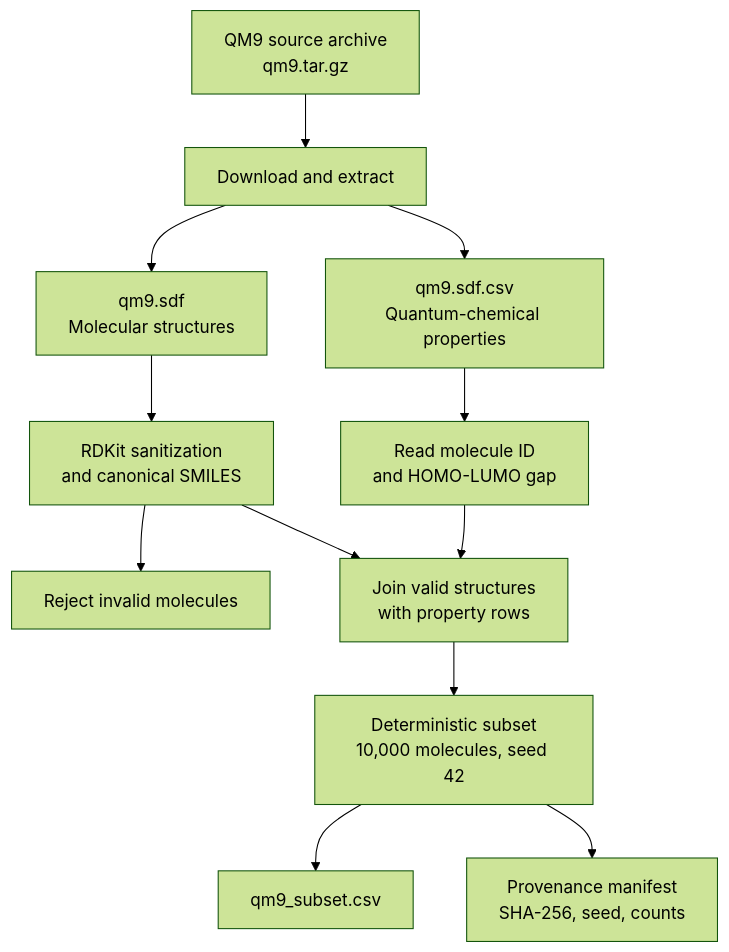
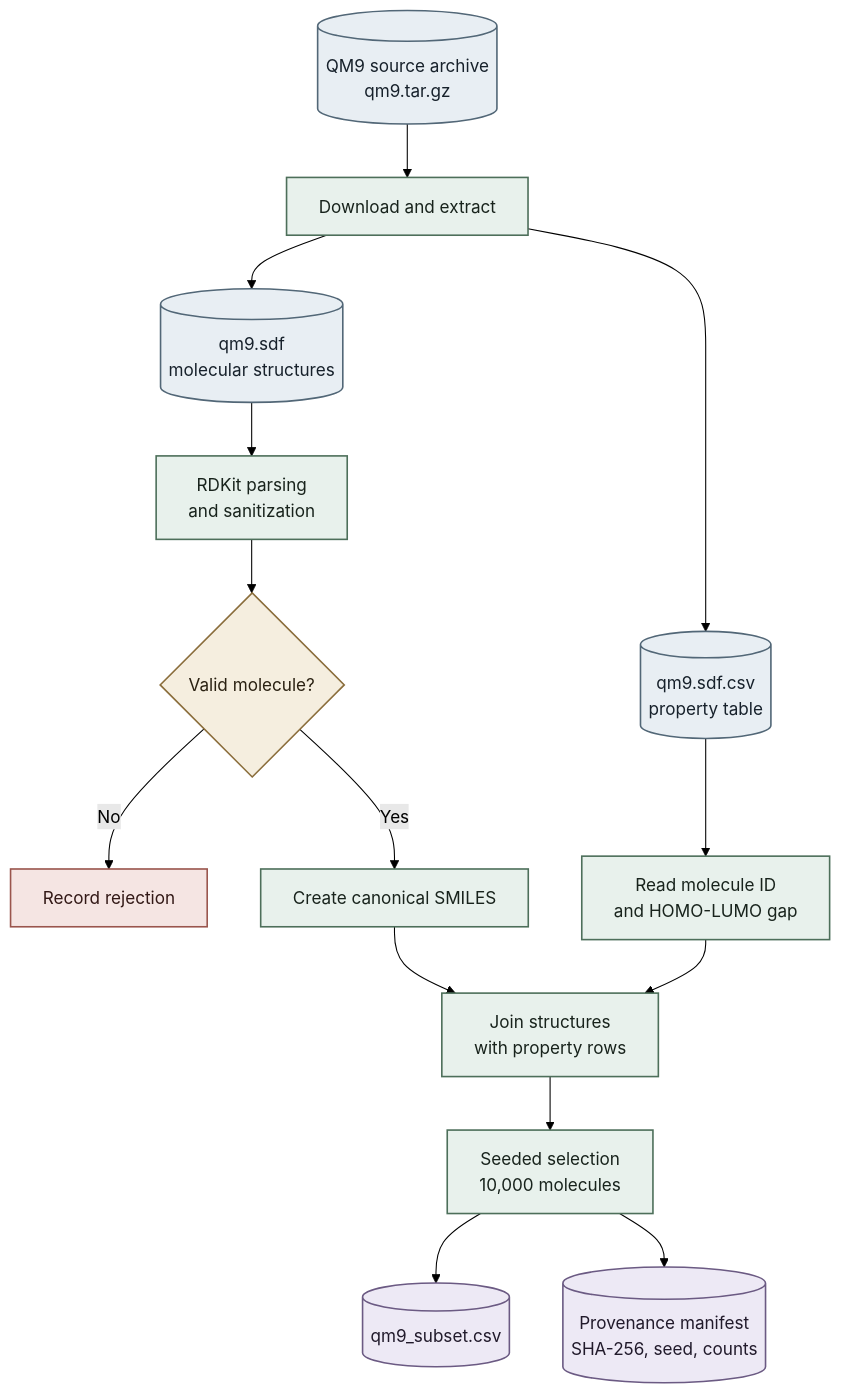
The diagram in docs/DATASET.md (rizonehyseni/Latent-Space-Explorer), drawn with Mermaid (forest theme) before and after one commit. The commit also changed 2 other files, not shown here.

Commit message:
standardized scientific diagrams and math rendering

````diff
--- a/docs/DATASET.md
+++ b/docs/DATASET.md
@@ -45,14 +45,30 @@
 ```mermaid
 flowchart TD
-    A["QM9 source archive<br/>qm9.tar.gz"] --> B["Download and extract"]
-    B --> C["qm9.sdf<br/>Molecular structures"]
-    B --> D["qm9.sdf.csv<br/>Quantum-chemical properties"]
-    C --> E["RDKit sanitization<br/>and canonical SMILES"]
-    D --> F["Read molecule ID<br/>and HOMO-LUMO gap"]
-    E --> G["Reject invalid molecules"]
-    E --> H["Join valid structures<br/>with property rows"]
-    F --> H
-    H --> I["Deterministic subset<br/>10,000 molecules, seed 42"]
-    I --> J["qm9_subset.csv"]
-    I --> K["Provenance manifest<br/>SHA-256, seed, counts"]
+    A[("QM9 source archive<br/>qm9.tar.gz")] --> B["Download and extract"]
+    B --> C[("qm9.sdf<br/>molecular structures")]
+    B --> D[("qm9.sdf.csv<br/>property table")]
+
+    C --> E["RDKit parsing<br/>and sanitization"]
+    E --> F{"Valid molecule?"}
+    F -->|No| G["Record rejection"]
+    F -->|Yes| H["Create canonical SMILES"]
+
+    D --> I["Read molecule ID<br/>and HOMO-LUMO gap"]
+    H --> J["Join structures<br/>with property rows"]
+    I --> J
+    J --> K["Seeded selection<br/>10,000 molecules"]
+    K --> L[("qm9_subset.csv")]
+    K --> M[("Provenance manifest<br/>SHA-256, seed, counts")]
+
+    classDef source fill:#e8eef3,stroke:#526777,color:#17212b,stroke-width:1.5px
+    classDef process fill:#e8f1ec,stroke:#4d6f5a,color:#18231c,stroke-width:1.5px
+    classDef decision fill:#f5eedf,stroke:#8a6d3b,color:#2a2112,stroke-width:1.5px
+    classDef rejected fill:#f5e5e3,stroke:#9a554d,color:#321816,stroke-width:1.5px
+    classDef artifact fill:#ede9f5,stroke:#6b5a83,color:#211a2b,stroke-width:1.5px
+
+    class A,C,D source
+    class B,E,H,I,J,K process
+    class F decision
+    class G rejected
+    class L,M artifact
 ```
````
